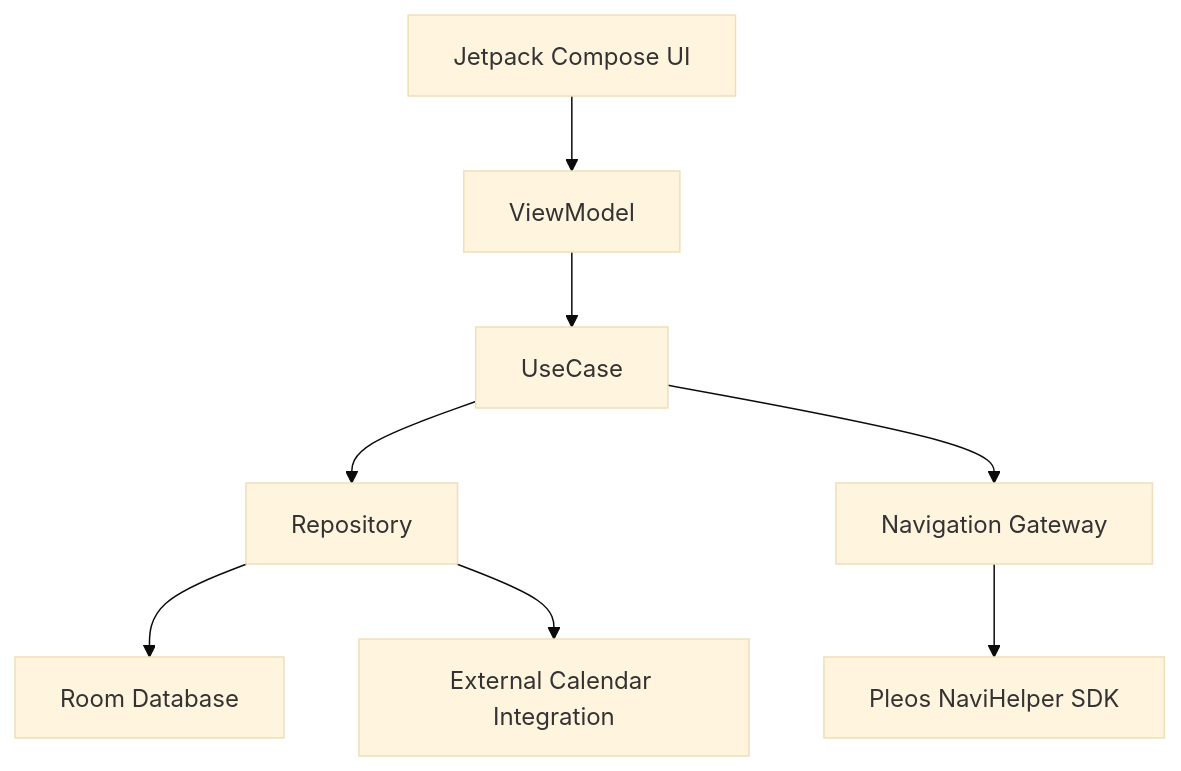
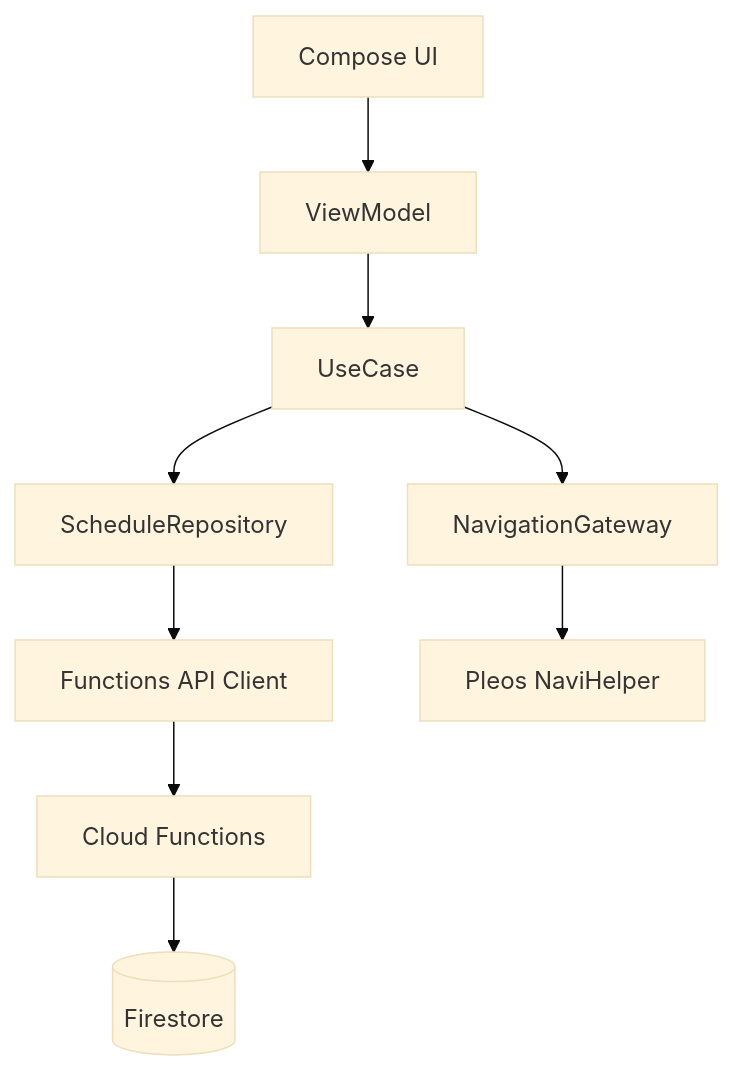
The diagram in README.md (kodh0206/Plain), drawn with Mermaid (base theme) before and after one commit. The commit also changed other lines of this file, not shown here.

````diff
--- a/README.md
+++ b/README.md
@@ -107,10 +125,11 @@
 ```mermaid
 flowchart TD
-    A[Jetpack Compose UI] --> B[ViewModel]
+    A[Compose UI] --> B[ViewModel]
     B --> C[UseCase]
-    C --> D[Repository]
-    D --> E[Room Database]
-    D --> F[External Calendar Integration]
-    C --> G[Navigation Gateway]
-    G --> H[Pleos NaviHelper SDK]
+    C --> D[ScheduleRepository]
+    D --> E[Functions API Client]
+    E --> F[Cloud Functions]
+    F --> G[(Firestore)]
+    C --> H[NavigationGateway]
+    H --> I[Pleos NaviHelper]
 ```
````
